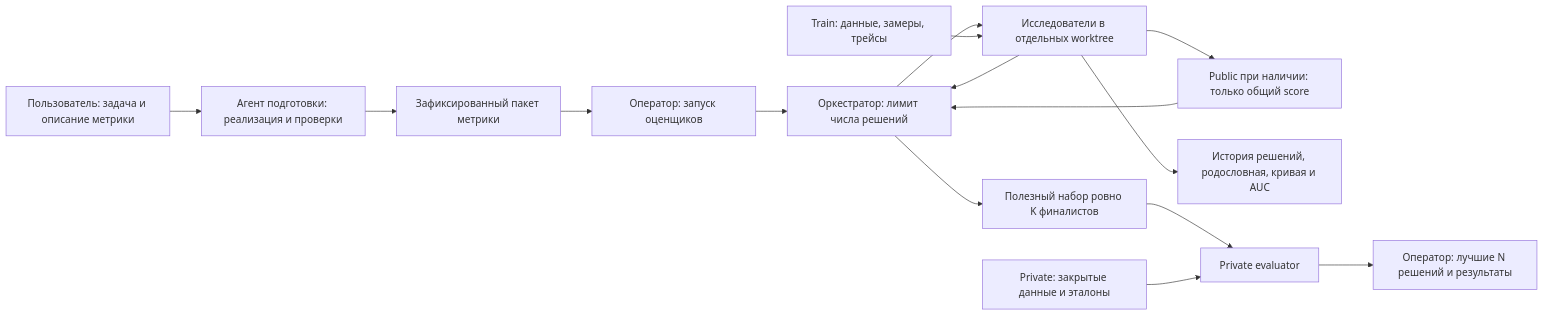
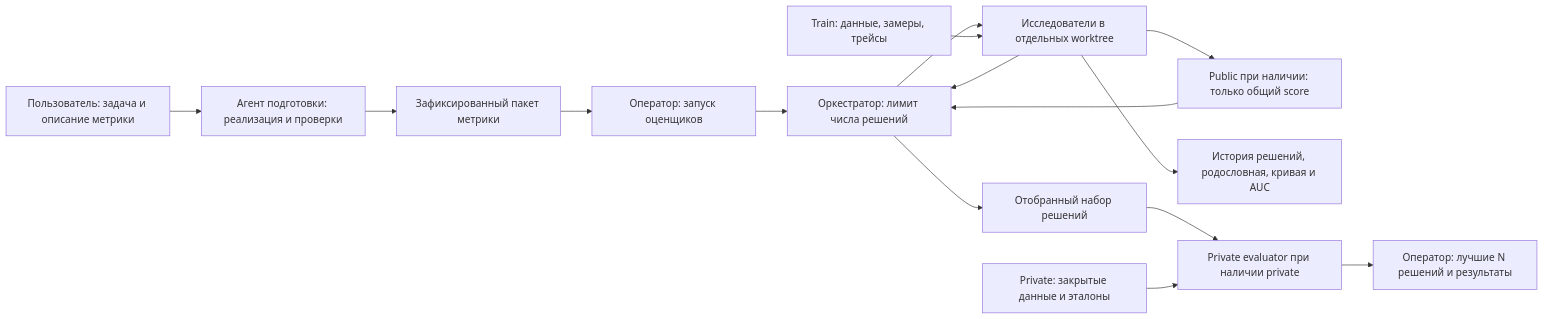
One commit to deeppavlov/arena changed the diagram in README.md. Above: the diagram before and after it, drawn with Mermaid. The commit also changed other lines of this file and 30 other files, not shown here.

````diff
--- a/README.md
+++ b/README.md
@@ -7,17 +7,17 @@
 ```mermaid
 flowchart LR
     U[Пользователь: задача и описание метрики] --> A0[Агент подготовки: реализация и проверки]
     A0 --> M[Зафиксированный пакет метрики]
     M --> OP[Оператор: запуск оценщиков]
     OP --> O
     O[Оркестратор: лимит числа решений] --> W[Исследователи в отдельных worktree]
     T[Train: данные, замеры, трейсы] --> W
     W --> P[Public при наличии: только общий score]
     P --> O
     W --> J[История решений, родословная, кривая и AUC]
     W --> O
-    O --> F[Полезный набор ровно K финалистов]
-    F --> E[Private evaluator]
+    O --> F[Отобранный набор решений]
+    F --> E[Private evaluator при наличии private]
     D[Private: закрытые данные и эталоны] --> E
     E --> A[Оператор: лучшие N решений и результаты]
 ```
````
